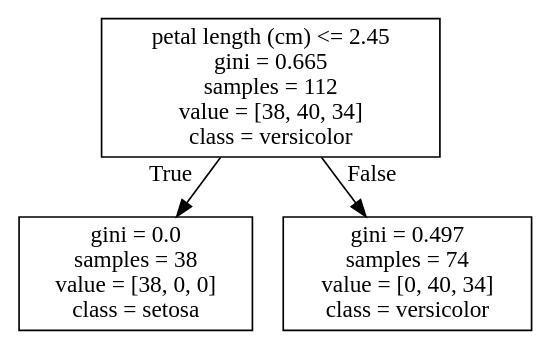
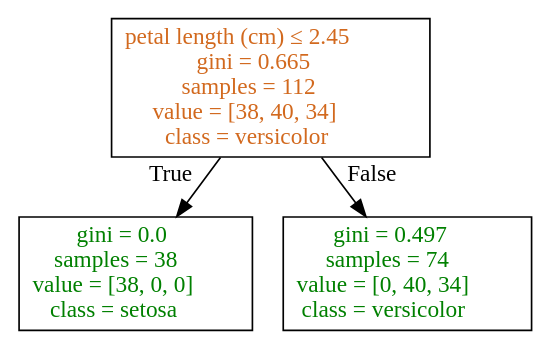
The diagram in Sklearn/DecisionTrees/Graphviz_Dot_Examples/iris_depth1_gini_decisionTree.dot (mGalarnyk/Python_Tutorials), drawn with Graphviz before and after one commit. The commit also changed 8 other files, not shown here.

```diff
--- a/Sklearn/DecisionTrees/Graphviz_Dot_Examples/iris_depth1_gini_decisionTree.dot
+++ b/Sklearn/DecisionTrees/Graphviz_Dot_Examples/iris_depth1_gini_decisionTree.dot
@@ -1,8 +1,8 @@
 digraph Tree {
-node [shape=box] ;
-0 [label="petal length (cm) <= 2.45\ngini = 0.665\nsamples = 112\nvalue = [38, 40, 34]\nclass = versicolor"] ;
-1 [label="gini = 0.0\nsamples = 38\nvalue = [38, 0, 0]\nclass = setosa"] ;
+node [shape=box, style=filled,fillcolor="#FFFFFF"] ;
+0 [label=<<FONT COLOR="#D2691E">petal length (cm) &le; 2.45<br/>gini = 0.665<br/>samples = 112<br/>value = [38, 40, 34]<br/>class = versicolor</FONT>>] ;
+1 [label=<<FONT COLOR="#008000">gini = 0.0<br/>samples = 38<br/>value = [38, 0, 0]<br/>class = setosa</FONT>>] ;
 0 -> 1 [labeldistance=2.5, labelangle=45, headlabel="True"] ;
-2 [label="gini = 0.497\nsamples = 74\nvalue = [0, 40, 34]\nclass = versicolor"] ;
+2 [label=<<FONT COLOR="#008000">gini = 0.497<br/>samples = 74<br/>value = [0, 40, 34]<br/>class = versicolor</FONT>>] ;
 0 -> 2 [labeldistance=2.5, labelangle=-45, headlabel="False"] ;
 }
```
